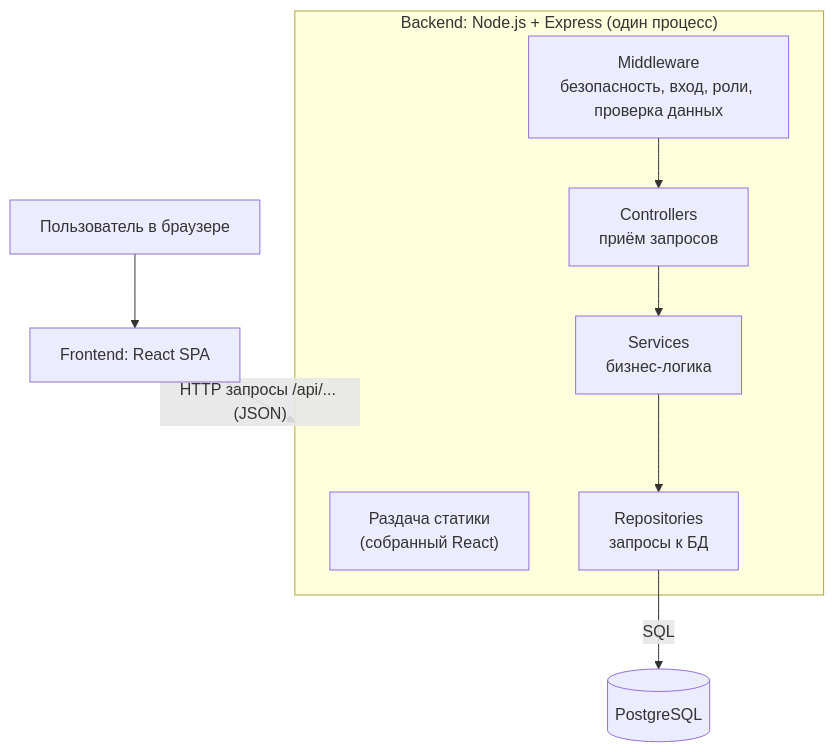
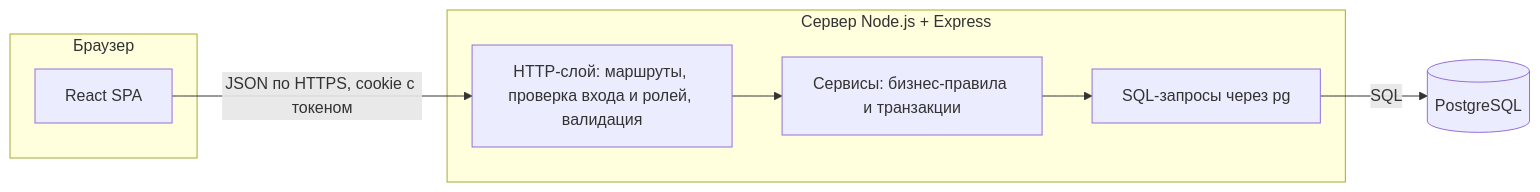
Before and after one commit to Murodzon/staybook: the third of 9 diagrams in Technical_Design.md, drawn with Mermaid. The commit also changed other lines of this file, not shown here.

````diff
--- a/Technical_Design.md
+++ b/Technical_Design.md
@@ -356,14 +309,15 @@
 ```mermaid
-flowchart TD
-    U["Пользователь в браузере"] --> FE["Frontend: React SPA"]
-    FE -- "HTTP запросы /api/... (JSON)" --> BE
-    subgraph BE["Backend: Node.js + Express (один процесс)"]
-        ST["Раздача статики<br/>(собранный React)"]
-        MW["Middleware<br/>безопасность, вход, роли, проверка данных"]
-        CT["Controllers<br/>приём запросов"]
-        SV["Services<br/>бизнес-логика"]
-        RP["Repositories<br/>запросы к БД"]
-        MW --> CT --> SV --> RP
+flowchart LR
+    subgraph Client["Браузер"]
+        SPA["React SPA"]
     end
-    RP -- "SQL" --> DB[("PostgreSQL")]
+    subgraph Server["Сервер Node.js + Express"]
+        HTTP["HTTP-слой: маршруты, проверка входа и ролей, валидация"]
+        SVC["Сервисы: бизнес-правила и транзакции"]
+        SQL["SQL-запросы через pg"]
+        HTTP --> SVC --> SQL
+    end
+    DB[("PostgreSQL")]
+    SPA -- "JSON по HTTPS, cookie с токеном" --> HTTP
+    SQL -- "SQL" --> DB
 ```
````
